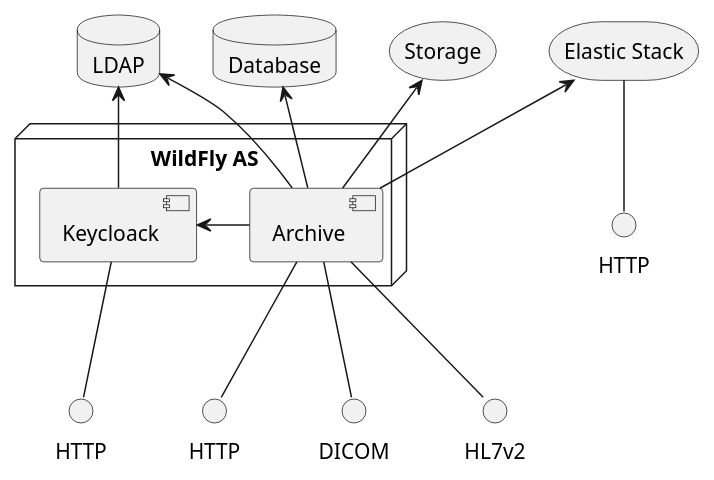
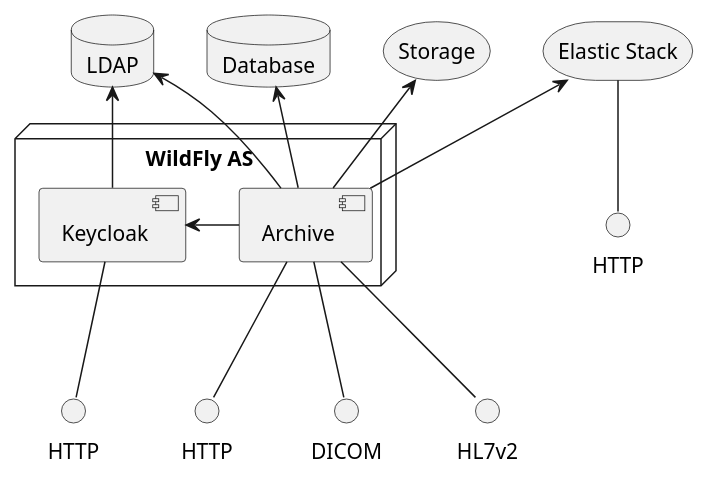
Before and after one commit to dcm4che/dcm4chee-arc-cs: the diagram in docs/networking/model/components.puml, drawn with PlantUML.

Commit message:
rectify typo in Keycloak

```diff
--- a/docs/networking/model/components.puml
+++ b/docs/networking/model/components.puml
@@ -1,25 +1,25 @@
 @startuml
 skinparam componentStyle uml2
 database LDAP
 database Database as db
 storage Storage
 node "WildFly AS" {
 [Archive] as arc
-[Keycloack] as kc
+[Keycloak] as kc
 }
 storage "Elastic Stack" as elk
 () HTTP as http1
 () HTTP as http2
 () HTTP as http3
 LDAP <-- kc
 kc -- http1
 LDAP <-- arc
 db <-- arc
 Storage <-- arc
 kc <- arc
 arc -- DICOM
 arc -- HL7v2
 arc -- http2
 elk <-- arc
 elk -- http3
 @enduml
```
